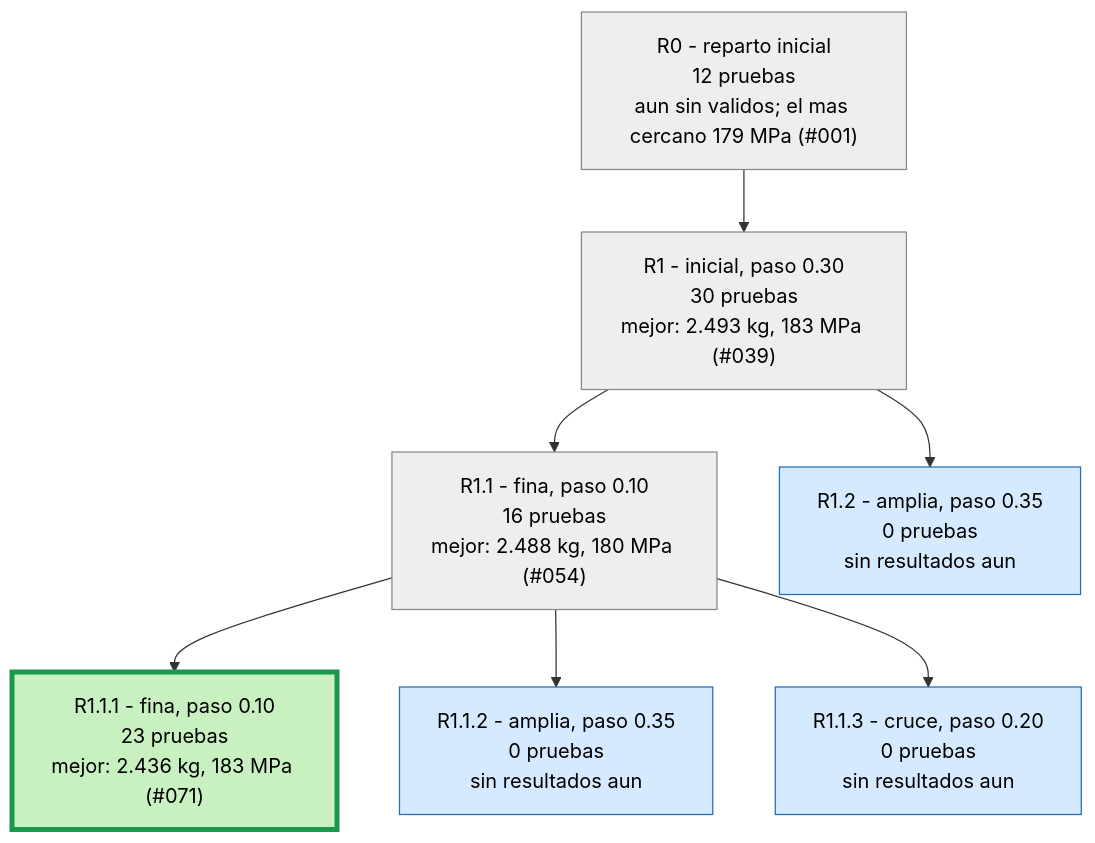
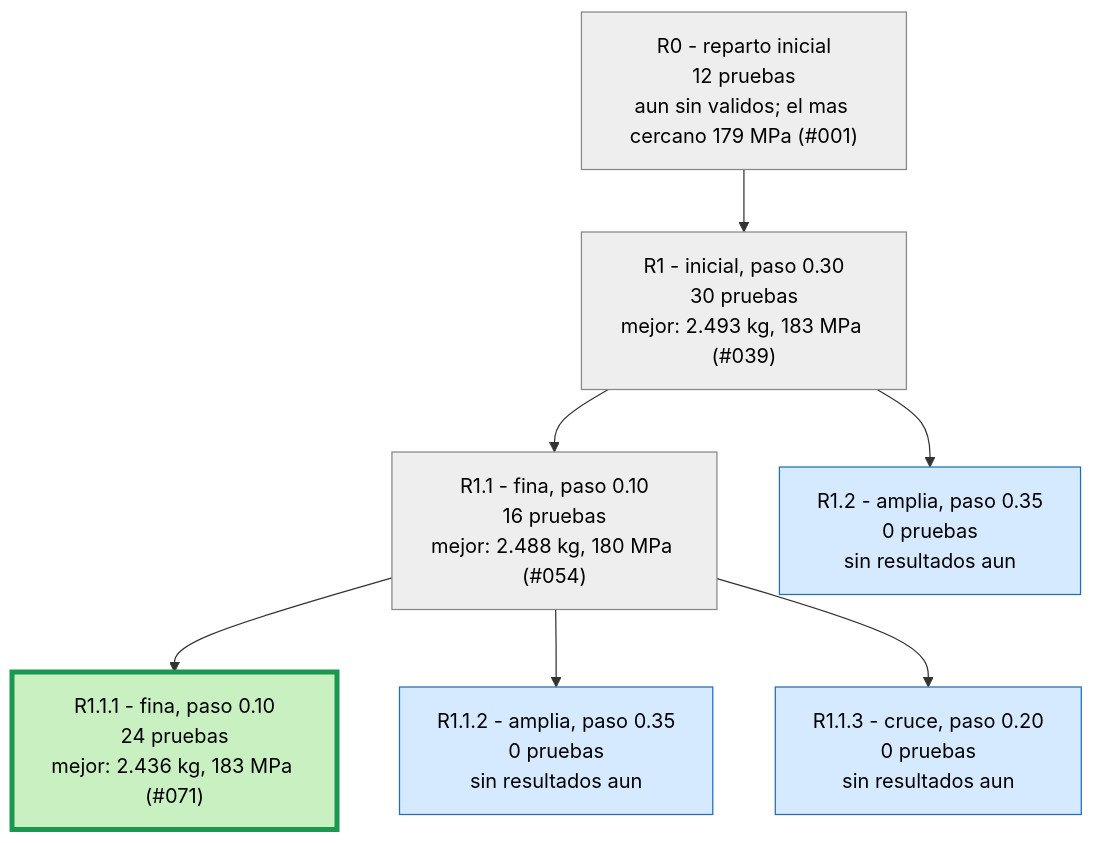
Before and after one commit to Hugiko/msd-soporte-optimizacion: the second of 3 diagrams in runs/opt_37800N/ARBOL.md, drawn with Mermaid. The commit also changed 22 other files, not shown here.

````diff
--- a/runs/opt_37800N/ARBOL.md
+++ b/runs/opt_37800N/ARBOL.md
@@ -25,19 +25,19 @@
 ```mermaid
 graph TD
 classDef activa fill:#d6eaff,stroke:#1f6fb5,color:#000
 classDef fin fill:#eeeeee,stroke:#888,color:#000
 classDef mejor fill:#c8f0c0,stroke:#1a9850,stroke-width:4px,color:#000
 R0["R0 - reparto inicial<br/>12 pruebas<br/>aun sin validos; el mas cercano 179 MPa (#001)"]:::fin
 R1["R1 - inicial, paso 0.30<br/>30 pruebas<br/>mejor: 2.493 kg, 183 MPa (#039)"]:::fin
 R0 --> R1
 R1_1["R1.1 - fina, paso 0.10<br/>16 pruebas<br/>mejor: 2.488 kg, 180 MPa (#054)"]:::fin
 R1 --> R1_1
 R1_2["R1.2 - amplia, paso 0.35<br/>0 pruebas<br/>sin resultados aun"]:::activa
 R1 --> R1_2
-R1_1_1["R1.1.1 - fina, paso 0.10<br/>23 pruebas<br/>mejor: 2.436 kg, 183 MPa (#071)"]:::mejor
+R1_1_1["R1.1.1 - fina, paso 0.10<br/>24 pruebas<br/>mejor: 2.436 kg, 183 MPa (#071)"]:::mejor
 R1_1 --> R1_1_1
 R1_1_2["R1.1.2 - amplia, paso 0.35<br/>0 pruebas<br/>sin resultados aun"]:::activa
 R1_1 --> R1_1_2
 R1_1_3["R1.1.3 - cruce, paso 0.20<br/>0 pruebas<br/>sin resultados aun"]:::activa
 R1_1 --> R1_1_3
 ```
````
